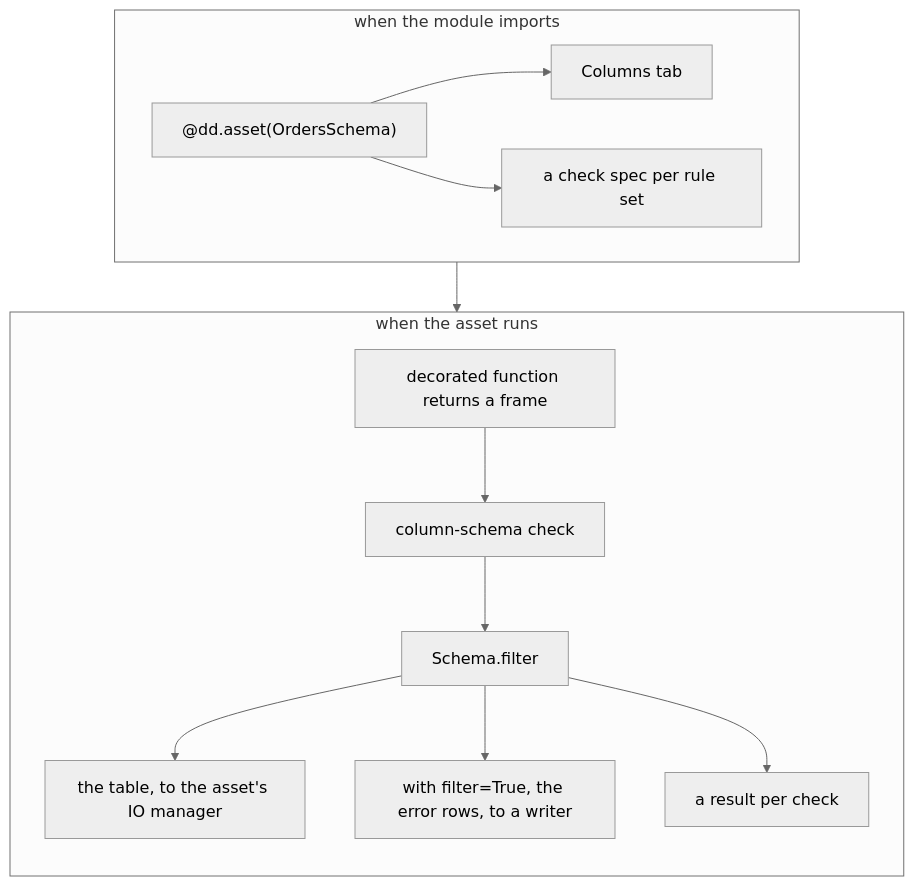
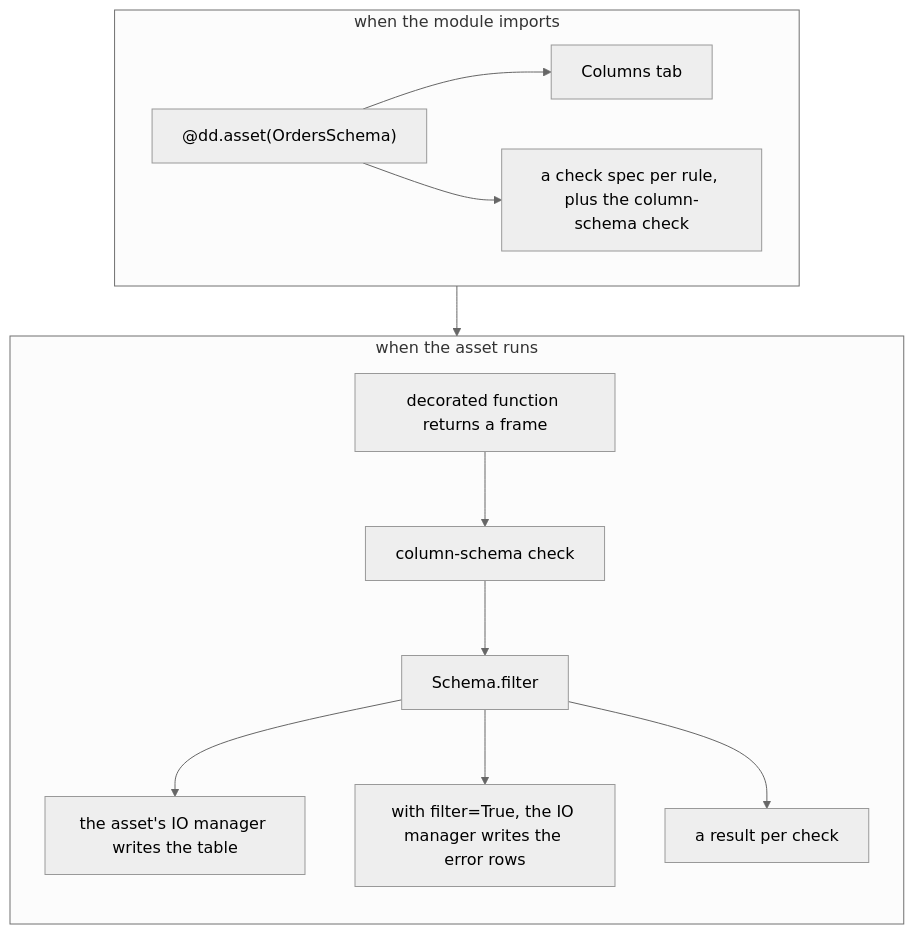
Before and after one commit to ozanozbeker/dagster-dataframely: the diagram in user_guide/declaring-an-asset.qmd, drawn with Mermaid (neutral theme). The commit also changed other lines of this file and 31 other files, not shown here.

````diff
--- a/user_guide/declaring-an-asset.qmd
+++ b/user_guide/declaring-an-asset.qmd
@@ -38,17 +41,17 @@
 ```{mermaid}
 %%| label: declaring-an-asset-diagram
 flowchart TB
     subgraph load["when the module imports"]
         D["@dd.asset(OrdersSchema)"] --> T["Columns tab"]
-        D --> C["a check spec per rule set"]
+        D --> C["a check spec per rule, plus the column-schema check"]
     end
     subgraph run["when the asset runs"]
         direction TB
         F["decorated function returns a frame"] --> CS["column-schema check"]
         CS --> FL["Schema.filter"]
-        FL --> V["the table, to the asset's IO manager"]
-        FL --> I["with filter=True, the error rows, to a writer"]
+        FL --> V["the asset's IO manager writes the table"]
+        FL --> I["with filter=True, the IO manager writes the error rows"]
         FL --> R["a result per check"]
     end
     load --> run
 ```
````
